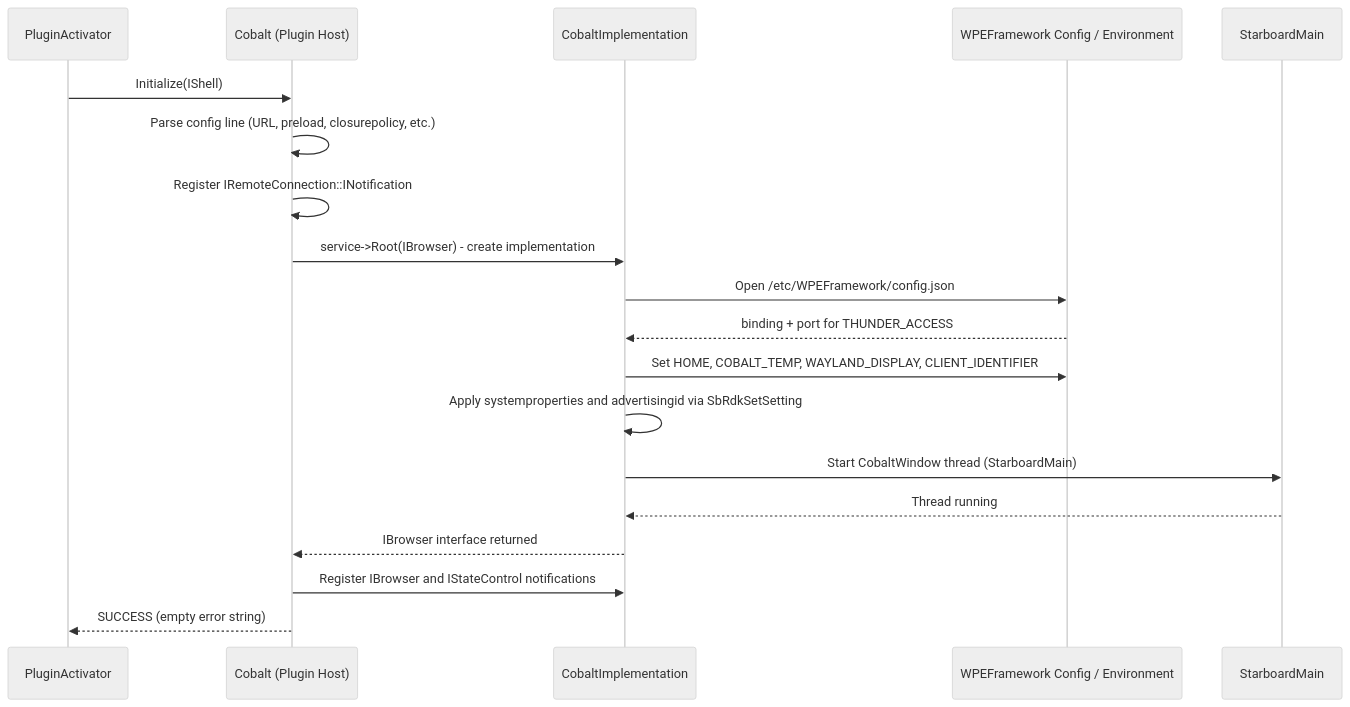
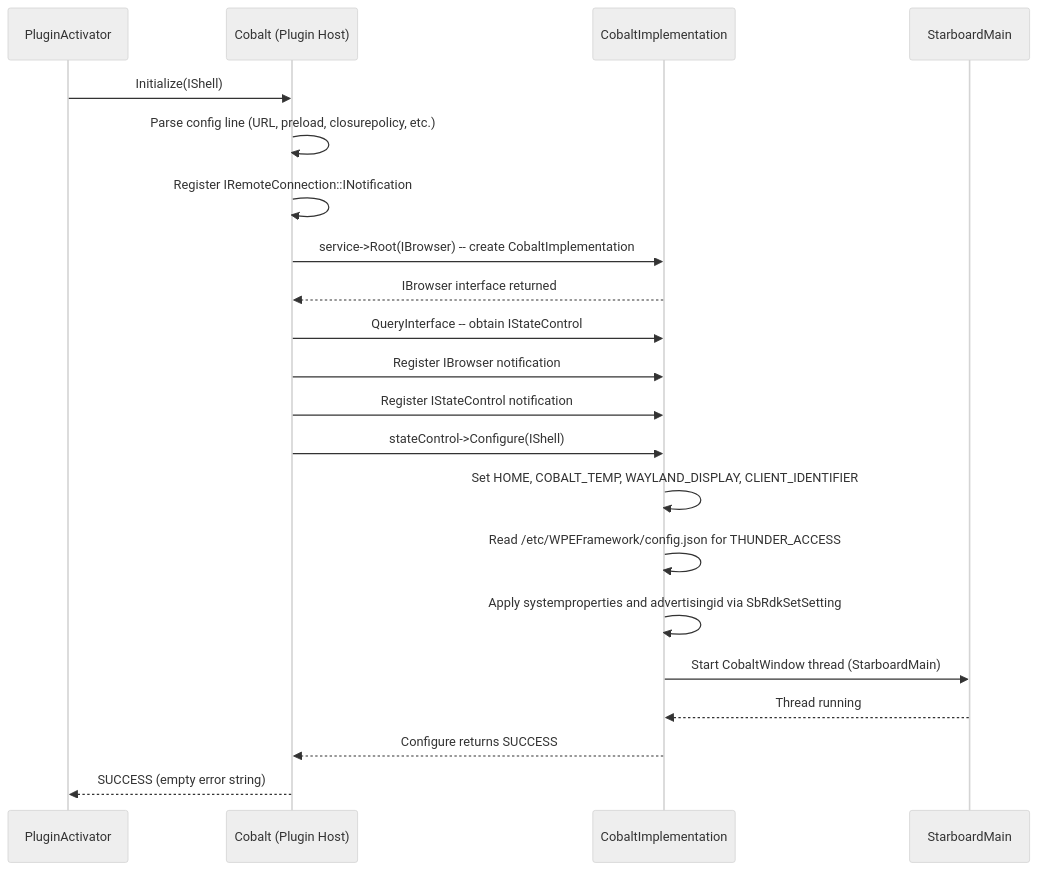
One commit to rns21/RDK_Documentation changed the fourth of 7 diagrams in docs/docu/RDKV-Documentations/larboard.md. Above: the diagram before and after it, drawn with Mermaid (neutral theme). The commit also changed other lines of this file, not shown here.

Commit message:
Fixed Peer review comments

````diff
--- a/docs/docu/RDKV-Documentations/larboard.md
+++ b/docs/docu/RDKV-Documentations/larboard.md
@@ -203,22 +205,24 @@
 ```mermaid
 sequenceDiagram
     participant Activator as PluginActivator
     participant Cobalt as Cobalt (Plugin Host)
     participant Impl as CobaltImplementation
-    participant Config as WPEFramework Config / Environment
     participant Engine as StarboardMain
 
     Activator->>Cobalt: Initialize(IShell)
     Cobalt->>Cobalt: Parse config line (URL, preload, closurepolicy, etc.)
     Cobalt->>Cobalt: Register IRemoteConnection::INotification
-    Cobalt->>Impl: service->Root(IBrowser) - create implementation
-    Impl->>Config: Open /etc/WPEFramework/config.json
-    Config-->>Impl: binding + port for THUNDER_ACCESS
-    Impl->>Config: Set HOME, COBALT_TEMP, WAYLAND_DISPLAY, CLIENT_IDENTIFIER
+    Cobalt->>Impl: service->Root(IBrowser) -- create CobaltImplementation
+    Impl-->>Cobalt: IBrowser interface returned
+    Cobalt->>Impl: QueryInterface -- obtain IStateControl
+    Cobalt->>Impl: Register IBrowser notification
+    Cobalt->>Impl: Register IStateControl notification
+    Cobalt->>Impl: stateControl->Configure(IShell)
+    Impl->>Impl: Set HOME, COBALT_TEMP, WAYLAND_DISPLAY, CLIENT_IDENTIFIER
+    Impl->>Impl: Read /etc/WPEFramework/config.json for THUNDER_ACCESS
     Impl->>Impl: Apply systemproperties and advertisingid via SbRdkSetSetting
     Impl->>Engine: Start CobaltWindow thread (StarboardMain)
     Engine-->>Impl: Thread running
-    Impl-->>Cobalt: IBrowser interface returned
-    Cobalt->>Impl: Register IBrowser and IStateControl notifications
+    Impl-->>Cobalt: Configure returns SUCCESS
     Cobalt-->>Activator: SUCCESS (empty error string)
 ```
````
